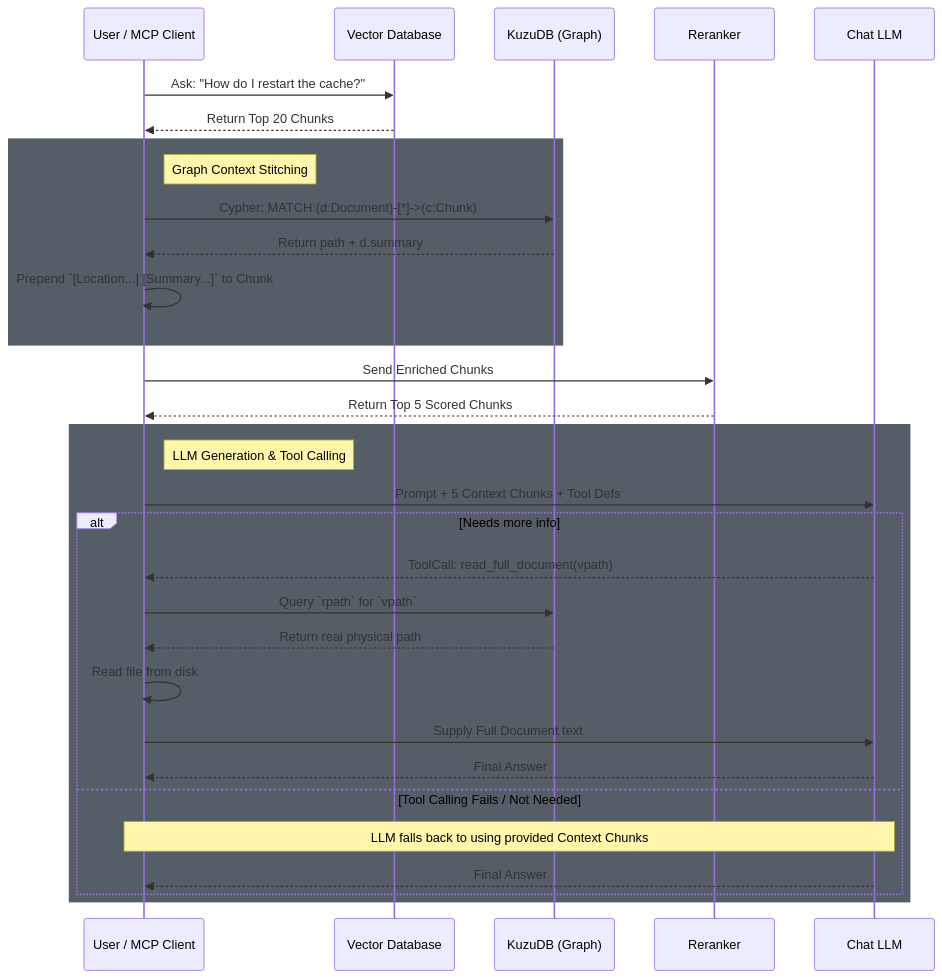
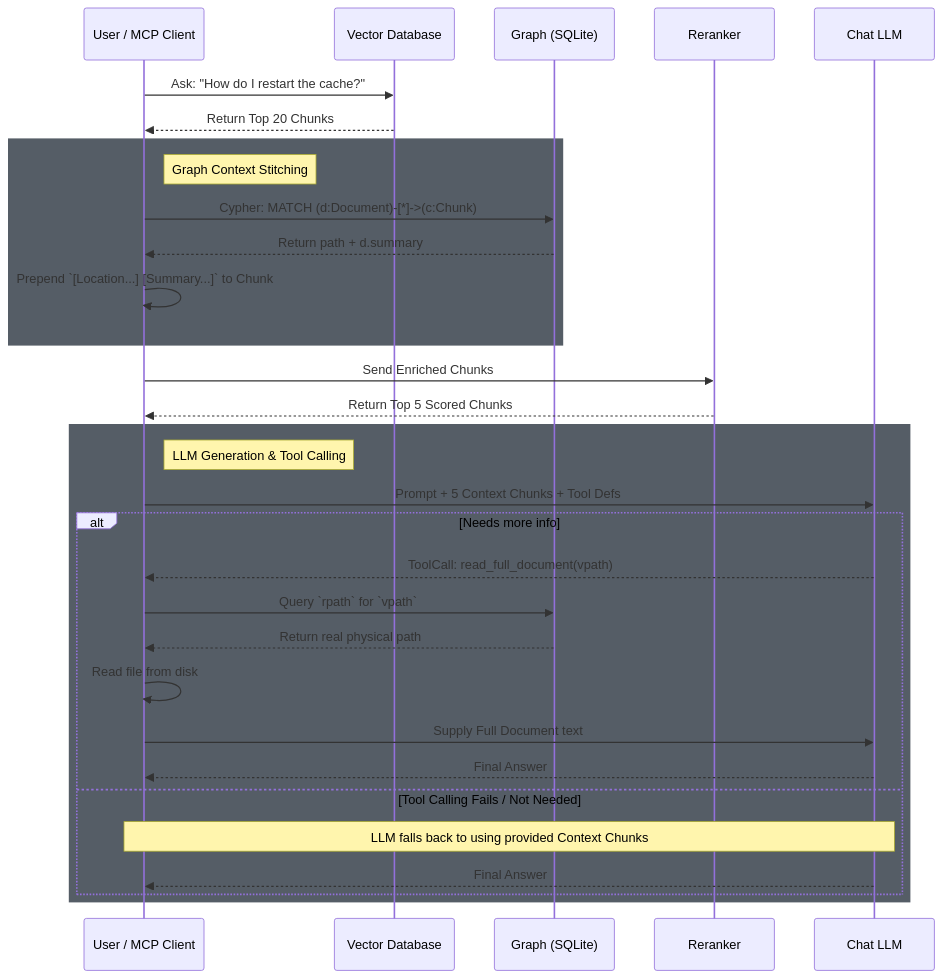
The diagram in docs/hierarchical_graphrag.md (tevfik/gleann), drawn with Mermaid before and after one commit. The commit also changed other lines of this file and 272 other files, not shown here.

````diff
--- a/docs/hierarchical_graphrag.md
+++ b/docs/hierarchical_graphrag.md
@@ -71,37 +71,37 @@
 ```mermaid
 sequenceDiagram
     participant U as User / MCP Client
     participant V as Vector Database
-    participant G as KuzuDB (Graph)
+    participant G as Graph (SQLite)
     participant R as Reranker
     participant L as Chat LLM
 
     U->>V: Ask: "How do I restart the cache?"
     V-->>U: Return Top 20 Chunks
     
     rect rgb(85, 93, 102)
         note right of U: Graph Context Stitching
         U->>G: Cypher: MATCH (d:Document)-[*]->(c:Chunk)
         G-->>U: Return path + d.summary
         U->>U: Prepend `[Location...] [Summary...]` to Chunk
     end
     
     U->>R: Send Enriched Chunks
     R-->>U: Return Top 5 Scored Chunks
     
     rect rgb(85, 93, 102)
         note right of U: LLM Generation & Tool Calling
         U->>L: Prompt + 5 Context Chunks + Tool Defs
         alt Needs more info
             L-->>U: ToolCall: read_full_document(vpath)
             U->>G: Query `rpath` for `vpath`
             G-->>U: Return real physical path
             U->>U: Read file from disk
             U->>L: Supply Full Document text
             L-->>U: Final Answer
         else Tool Calling Fails / Not Needed
             note over L,U: LLM falls back to using provided Context Chunks
             L-->>U: Final Answer
         end
     end
 ```
````
